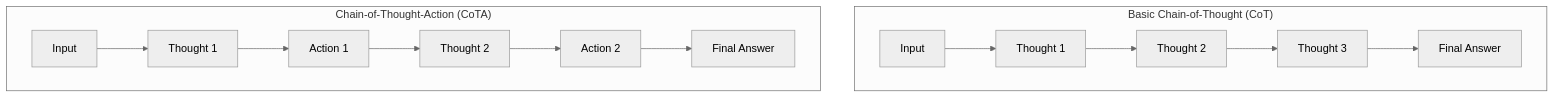
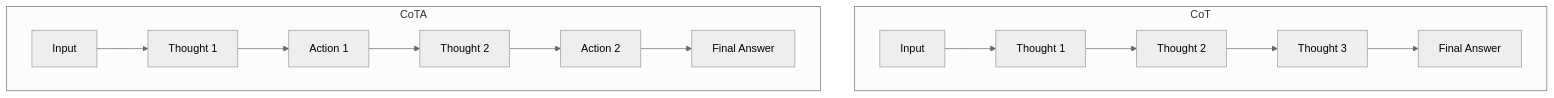
The second of 5 diagrams in README.md (Kernel-Dirichlet/AcceleRAG), drawn with Mermaid (neutral theme) before and after one commit. The commit also changed other lines of this file, not shown here.

````diff
--- a/README.md
+++ b/README.md
@@ -191,17 +191,17 @@
 ```mermaid
 graph TD
-    subgraph "Basic Chain-of-Thought (CoT)"
+    subgraph "CoT"
         A1[Input] --> B1[Thought 1]
         B1 --> C1[Thought 2]
         C1 --> D1[Thought 3]
         D1 --> E1[Final Answer]
     end
 
-    subgraph "Chain-of-Thought-Action (CoTA)"
+    subgraph "CoTA"
         A2[Input] --> B2[Thought 1]
         B2 --> C2[Action 1]
         C2 --> D2[Thought 2]
         D2 --> E2[Action 2]
         E2 --> F2[Final Answer]
     end
 ```
````
